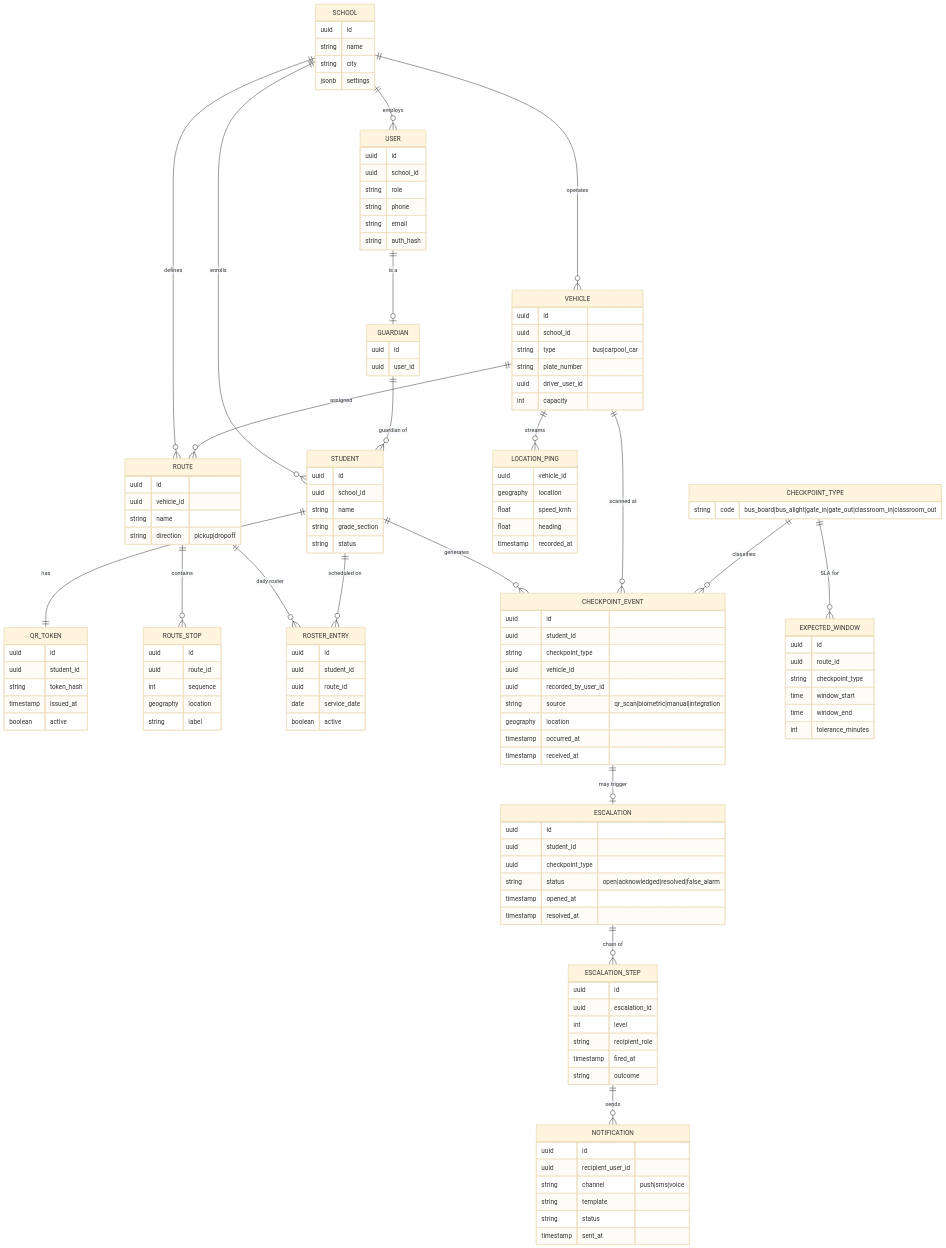
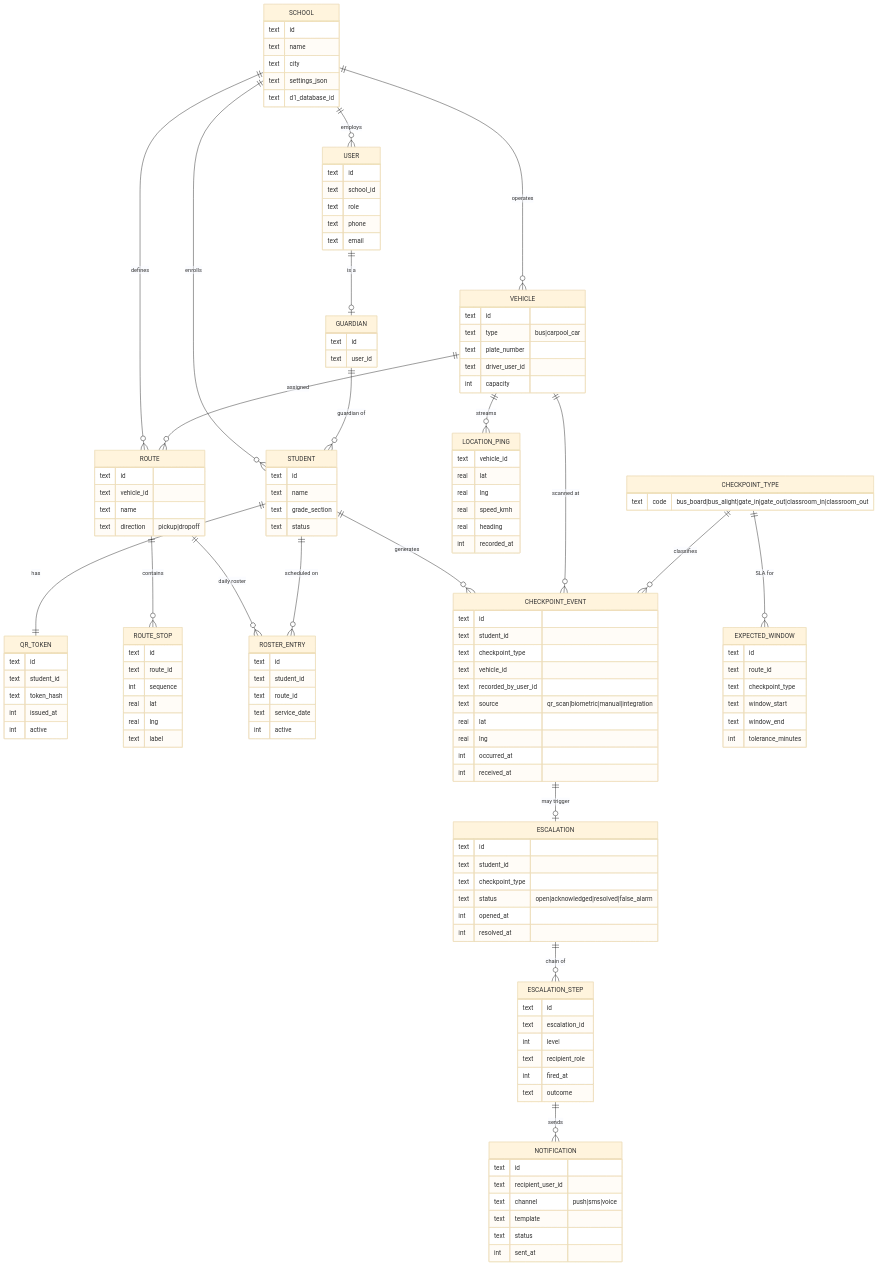
The second of 5 diagrams in architecture/ARCHITECTURE.md (alinoorul/studesafe), drawn with Mermaid (base theme) before and after one commit. The commit also changed other lines of this file and 4 other files, not shown here.

First line of the commit message:
Production architecture: move to a Cloudflare-native backend

````diff
--- a/architecture/ARCHITECTURE.md
+++ b/architecture/ARCHITECTURE.md
@@ -294,116 +394,117 @@
     ESCALATION_STEP ||--o{ NOTIFICATION : sends
 
     SCHOOL {
-      uuid id
-      string name
-      string city
-      jsonb settings
+      text id
+      text name
+      text city
+      text settings_json
+      text d1_database_id
     }
     USER {
-      uuid id
-      uuid school_id
-      string role
-      string phone
-      string email
-      string auth_hash
+      text id
+      text school_id
+      text role
+      text phone
+      text email
     }
     GUARDIAN {
-      uuid id
-      uuid user_id
+      text id
+      text user_id
     }
     STUDENT {
-      uuid id
-      uuid school_id
-      string name
-      string grade_section
-      string status
+      text id
+      text name
+      text grade_section
+      text status
     }
     QR_TOKEN {
-      uuid id
-      uuid student_id
-      string token_hash
-      timestamp issued_at
-      boolean active
+      text id
+      text student_id
+      text token_hash
+      int issued_at
+      int active
     }
     VEHICLE {
-      uuid id
-      uuid school_id
-      string type "bus|carpool_car"
-      string plate_number
-      uuid driver_user_id
+      text id
+      text type "bus|carpool_car"
+      text plate_number
+      text driver_user_id
       int capacity
     }
     ROUTE {
-      uuid id
-      uuid vehicle_id
-      string name
-      string direction "pickup|dropoff"
+      text id
+      text vehicle_id
+      text name
+      text direction "pickup|dropoff"
     }
     ROUTE_STOP {
-      uuid id
-      uuid route_id
+      text id
+      text route_id
       int sequence
-      geography location
-      string label
+      real lat
+      real lng
+      text label
     }
     ROSTER_ENTRY {
-      uuid id
-      uuid student_id
-      uuid route_id
-      date service_date
-      boolean active
+      text id
+      text student_id
+      text route_id
+      text service_date
+      int active
     }
     CHECKPOINT_TYPE {
-      string code "bus_board|bus_alight|gate_in|gate_out|classroom_in|classroom_out"
+      text code "bus_board|bus_alight|gate_in|gate_out|classroom_in|classroom_out"
     }
     CHECKPOINT_EVENT {
-      uuid id
-      uuid student_id
-      string checkpoint_type
-      uuid vehicle_id
-      uuid recorded_by_user_id
-      string source "qr_scan|biometric|manual|integration"
-      geography location
-      timestamp occurred_at
-      timestamp received_at
+      text id
+      text student_id
+      text checkpoint_type
+      text vehicle_id
+      text recorded_by_user_id
+      text source "qr_scan|biometric|manual|integration"
+      real lat
+      real lng
+      int occurred_at
+      int received_at
     }
     EXPECTED_WINDOW {
-      uuid id
-      uuid route_id
-      string checkpoint_type
-      time window_start
-      time window_end
+      text id
+      text route_id
+      text checkpoint_type
+      text window_start
+      text window_end
       int tolerance_minutes
     }
     LOCATION_PING {
-      uuid vehicle_id
-      geography location
-      float speed_kmh
-      float heading
-      timestamp recorded_at
+      text vehicle_id
+      real lat
+      real lng
+      real speed_kmh
+      real heading
+      int recorded_at
     }
     ESCALATION {
-      uuid id
-      uuid student_id
-      uuid checkpoint_type
-      string status "open|acknowledged|resolved|false_alarm"
-      timestamp opened_at
-      timestamp resolved_at
+      text id
+      text student_id
+      text checkpoint_type
+      text status "open|acknowledged|resolved|false_alarm"
+      int opened_at
+      int resolved_at
     }
     ESCALATION_STEP {
-      uuid id
-      uuid escalation_id
+      text id
+      text escalation_id
       int level
-      string recipient_role
-      timestamp fired_at
-      string outcome
+      text recipient_role
+      int fired_at
+      text outcome
     }
     NOTIFICATION {
-      uuid id
-      uuid recipient_user_id
-      string channel "push|sms|voice"
-      string template
-      string status
-      timestamp sent_at
+      text id
+      text recipient_user_id
+      text channel "push|sms|voice"
+      text template
+      text status
+      int sent_at
     }
 ```
````
